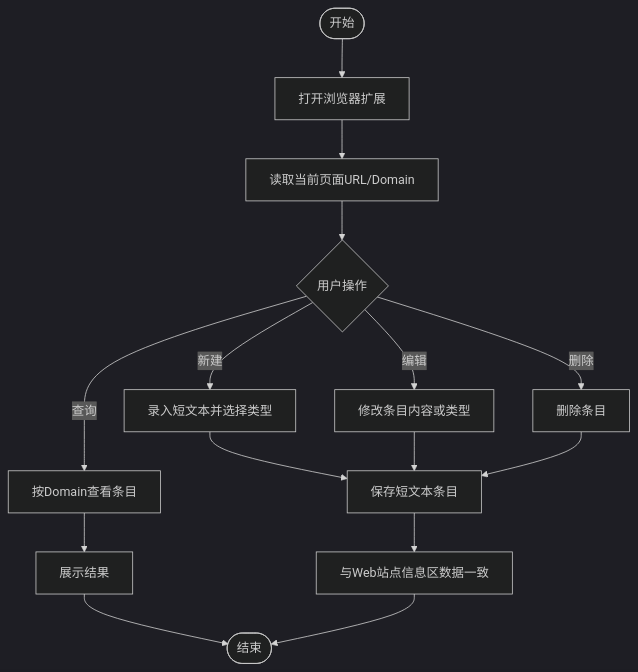
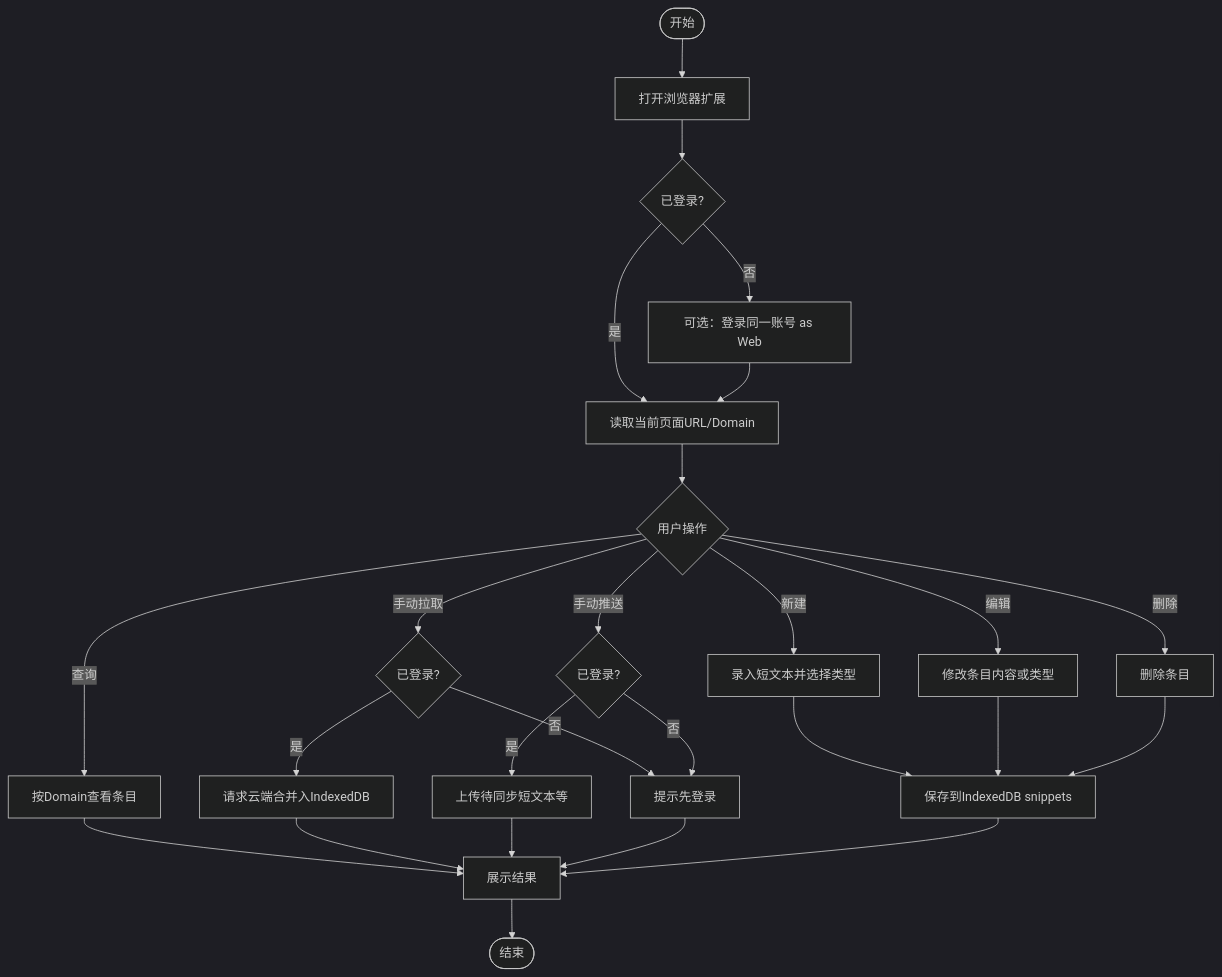
The fourth of 5 diagrams in docs/用户流程图.md (a327921510/my-notes), drawn with Mermaid (dark theme) before and after one commit. The commit also changed other lines of this file and 54 other files, not shown here.

````diff
--- a/docs/用户流程图.md
+++ b/docs/用户流程图.md
@@ -84,17 +84,28 @@
 ```mermaid
 flowchart TD
   A([开始]) --> B[打开浏览器扩展]
-  B --> C[读取当前页面URL/Domain]
-  C --> D{用户操作}
-  D -->|新建| E[录入短文本并选择类型]
-  D -->|查询| F[按Domain查看条目]
-  D -->|编辑| G[修改条目内容或类型]
-  D -->|删除| H[删除条目]
-  E --> I[保存短文本条目]
-  F --> J[展示结果]
-  G --> I
-  H --> I
-  I --> K[与Web站点信息区数据一致]
-  J --> L([结束])
-  K --> L
+  B --> C{已登录?}
+  C -->|否| D[可选：登录同一账号 as Web]
+  C -->|是| E[读取当前页面URL/Domain]
+  D --> E
+  E --> F{用户操作}
+  F -->|新建| G[录入短文本并选择类型]
+  F -->|查询| H[按Domain查看条目]
+  F -->|编辑| I[修改条目内容或类型]
+  F -->|删除| J[删除条目]
+  F -->|手动拉取| K{已登录?}
+  K -->|是| L[请求云端合并入IndexedDB]
+  K -->|否| M[提示先登录]
+  F -->|手动推送| N{已登录?}
+  N -->|是| O[上传待同步短文本等]
+  N -->|否| M
+  G --> P[保存到IndexedDB snippets]
+  H --> Q[展示结果]
+  I --> P
+  J --> P
+  L --> Q
+  O --> Q
+  M --> Q
+  P --> Q
+  Q --> R([结束])
 ```
````
